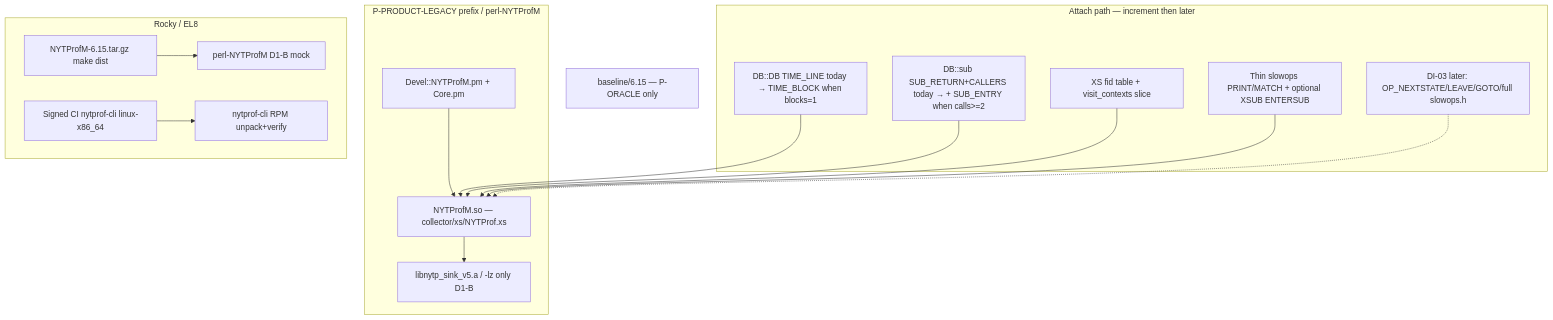
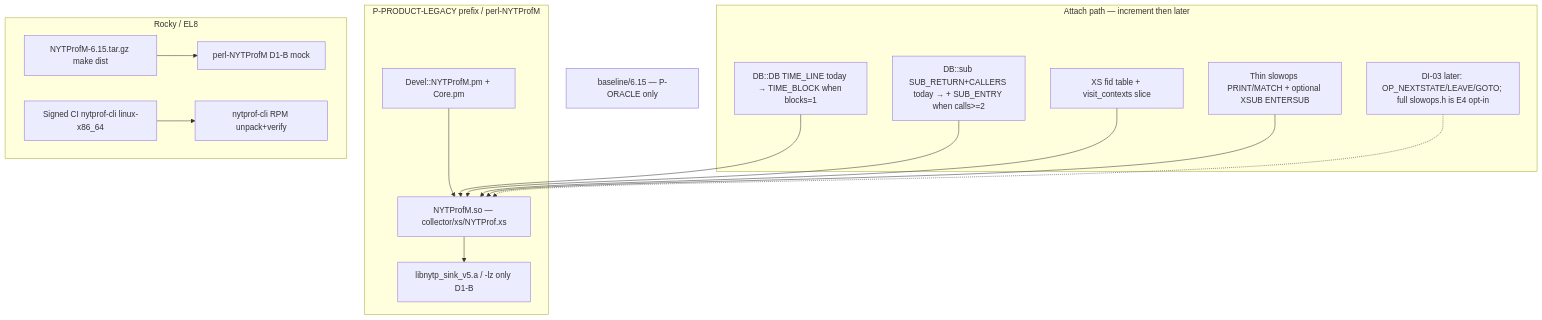
One commit to hilather/nytprof-modernization changed the second of 3 diagrams in docs/DROP_IN_RPM_COMPLETION_v0.md. Above: the diagram before and after it, drawn with Mermaid. The commit also changed other lines of this file and 7 other files, not shown here.

First line of the commit message:
fix: address review feedback for DI-03 E4 slowops=full

````diff
--- a/docs/DROP_IN_RPM_COMPLETION_v0.md
+++ b/docs/DROP_IN_RPM_COMPLETION_v0.md
@@ -140,33 +140,33 @@
 ```mermaid
 flowchart TB
   subgraph ProductPrefix["P-PRODUCT-LEGACY prefix / perl-NYTProfM"]
     PM["Devel::NYTProfM.pm + Core.pm"]
     XS["NYTProfM.so — collector/xs/NYTProf.xs"]
     SINK["libnytp_sink_v5.a / -lz only D1-B"]
     PM --> XS --> SINK
   end
 
   subgraph Hooks["Attach path — increment then later"]
     DBDB["DB::DB TIME_LINE today → TIME_BLOCK when blocks=1"]
     DBSUB["DB::sub SUB_RETURN+CALLERS today → + SUB_ENTRY when calls>=2"]
     FID["XS fid table + visit_contexts slice"]
     XSUB["Thin slowops PRINT/MATCH + optional XSUB ENTERSUB"]
-    OP["DI-03 later: OP_NEXTSTATE/LEAVE/GOTO/full slowops.h"]
+    OP["DI-03 later: OP_NEXTSTATE/LEAVE/GOTO; full slowops.h is E4 opt-in"]
     DBDB --> XS
     DBSUB --> XS
     FID --> XS
     XSUB --> XS
     OP -.-> XS
   end
 
   subgraph RPM["Rocky / EL8"]
     DIST["NYTProfM-6.15.tar.gz make dist"]
     MOD["perl-NYTProfM D1-B mock"]
     PRE["Signed CI nytprof-cli linux-x86_64"]
     TOOLS["nytprof-cli RPM unpack+verify"]
     DIST --> MOD
     PRE --> TOOLS
   end
 
   PIN["baseline/6.15 — P-ORACLE only"]
 ```
````
